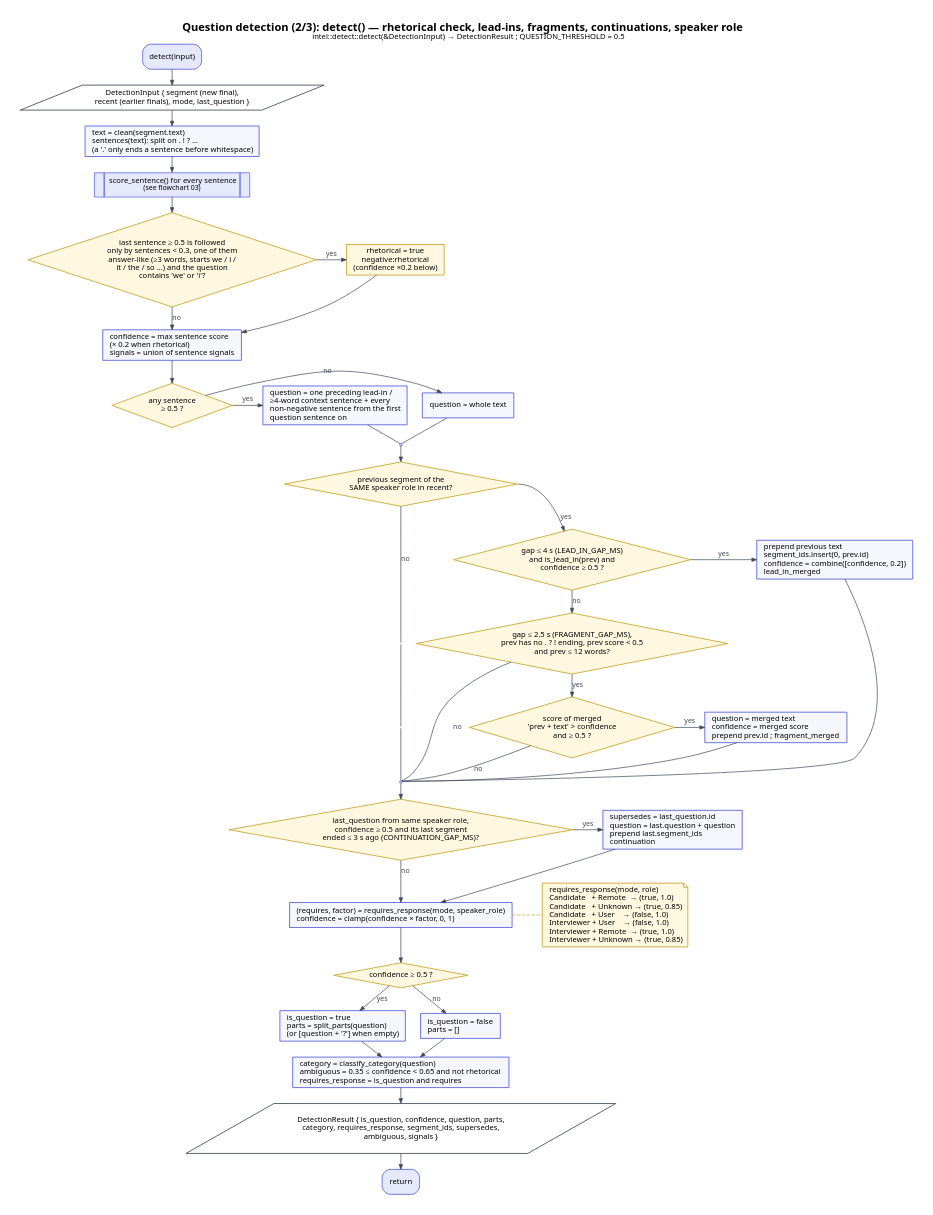
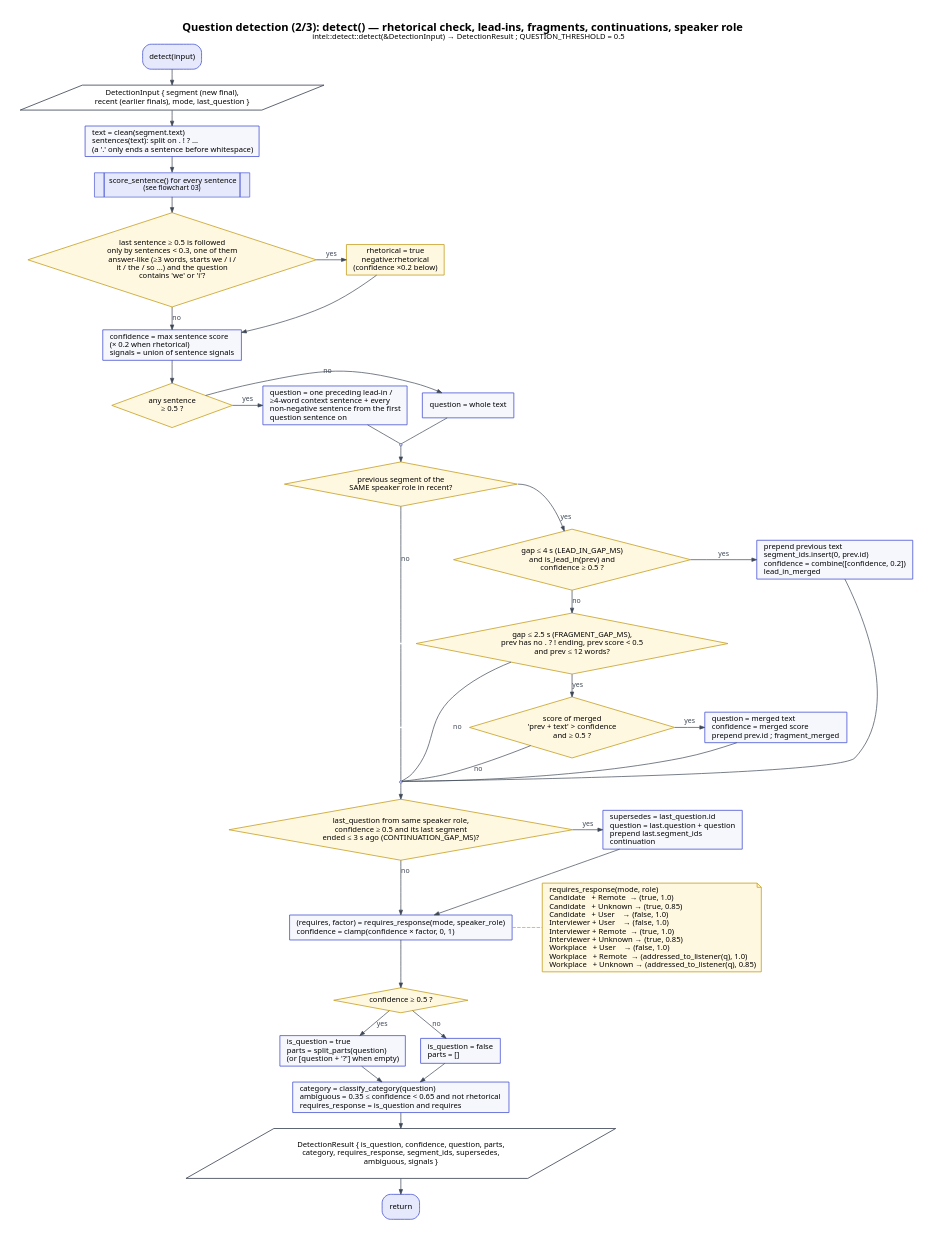
The diagram in diagrams/flowcharts/flowchart-04-question-detection-context-merge.dot (AekamSidhu/Major-Project), drawn with Graphviz before and after one commit. The commit also changed 2 other files, not shown here.

Commit message:
Add the workplace rows to the requires_response table in flowchart 04

```diff
--- a/diagrams/flowcharts/flowchart-04-question-detection-context-merge.dot
+++ b/diagrams/flowcharts/flowchart-04-question-detection-context-merge.dot
@@ -1,77 +1,78 @@
 // Derived from: crates/openmeet-intel/src/detect/mod.rs
 //   detect(), requires_response(), is_lead_in(), split_parts(), classify_category(),
 //   constants LEAD_IN_GAP_MS, FRAGMENT_GAP_MS, CONTINUATION_GAP_MS, QUESTION_THRESHOLD
+//   Workplace rows: requires_response() in workplace mode (only questions addressed to the listener need an answer)
 digraph flowchart_04 {
   graph [fontname="Segoe UI", fontsize=16, labelloc=t, labeljust=c,
          label=<<B>Question detection (2/3): detect() — rhetorical check, lead-ins, fragments, continuations, speaker role</B><BR/><FONT POINT-SIZE="11">intel::detect::detect(&amp;DetectionInput) → DetectionResult ; QUESTION_THRESHOLD = 0.5</FONT>>,
          bgcolor="#FFFFFF", nodesep=0.3, ranksep=0.3, pad=0.3, newrank=true];
   node  [fontname="Segoe UI", fontsize=11, shape=box, style="filled", fillcolor="#F6F7FD", color="#4F5BD5", penwidth=1.2, margin="0.14,0.05"];
   edge  [fontname="Segoe UI", fontsize=10, color="#3E4756", fontcolor="#3E4756", arrowsize=0.7];
 
   { node [group=main]; start; inp; split; score; drh; conf; dq; qtext; dprev; v1; v2; mrg; dcont; role; isq; parts; out; end; }
   { node [group=ctx]; dlead; dfrag; dmerg; }
 
   start [shape=box, style="rounded,filled", fillcolor="#E6E9FB", label="detect(input)"];
   inp   [shape=parallelogram, fillcolor="#FFFFFF", color="#3E4756", margin="0,0", label="DetectionInput { segment (new final),\nrecent (earlier finals), mode, last_question }"];
   split [label="text = clean(segment.text)\lsentences(text): split on . ! ? …\l(a '.' only ends a sentence before whitespace)\l"];
   score [shape=plain, label=<<TABLE BORDER="0" CELLBORDER="1" CELLSPACING="0" CELLPADDING="6" BGCOLOR="#E6E9FB" COLOR="#4F5BD5"><TR><TD WIDTH="6"></TD><TD>score_sentence() for every sentence<BR/><FONT POINT-SIZE="10">(see flowchart 03)</FONT></TD><TD WIDTH="6"></TD></TR></TABLE>>];
 
   drh   [shape=diamond, style="filled", fillcolor="#FFF8E1", color="#C9A227", label="last sentence ≥ 0.5 is followed\nonly by sentences < 0.3, one of them\nanswer-like (≥3 words, starts we / i /\nit / the / so …) and the question\ncontains 'we' or 'i'?"];
   rh    [fillcolor="#FFF8E1", color="#C9A227", label="rhetorical = true\nnegative:rhetorical\n(confidence ×0.2 below)"];
 
   conf  [label="confidence = max sentence score\l(× 0.2 when rhetorical)\lsignals = union of sentence signals\l"];
   dq    [shape=diamond, style="filled", fillcolor="#FFF8E1", color="#C9A227", label="any sentence\n≥ 0.5 ?"];
   qall  [label="question = whole text"];
   qsel  [label="question = one preceding lead-in /\l≥4-word context sentence + every\lnon-negative sentence from the first\lquestion sentence on\l"];
   qtext [shape=point, width=0.05, label=""];
   mrg   [shape=point, width=0.05, label=""];
   v1    [shape=point, width=0.001, height=0.001, peripheries=0, label=""];
   v2    [shape=point, width=0.001, height=0.001, peripheries=0, label=""];
 
   dprev [shape=diamond, style="filled", fillcolor="#FFF8E1", color="#C9A227", label="previous segment of the\nSAME speaker role in recent?"];
   dlead [shape=diamond, style="filled", fillcolor="#FFF8E1", color="#C9A227", label="gap ≤ 4 s (LEAD_IN_GAP_MS)\nand is_lead_in(prev) and\nconfidence ≥ 0.5 ?"];
   lead  [label="prepend previous text\lsegment_ids.insert(0, prev.id)\lconfidence = combine([confidence, 0.2])\llead_in_merged\l"];
   dfrag [shape=diamond, style="filled", fillcolor="#FFF8E1", color="#C9A227", label="gap ≤ 2.5 s (FRAGMENT_GAP_MS),\nprev has no . ? ! ending, prev score < 0.5\nand prev ≤ 12 words?"];
   dmerg [shape=diamond, style="filled", fillcolor="#FFF8E1", color="#C9A227", label="score of merged\n'prev + text' > confidence\nand ≥ 0.5 ?"];
   frag  [label="question = merged text\lconfidence = merged score\lprepend prev.id ; fragment_merged\l"];
 
   dcont [shape=diamond, style="filled", fillcolor="#FFF8E1", color="#C9A227", label="last_question from same speaker role,\nconfidence ≥ 0.5 and its last segment\nended ≤ 3 s ago (CONTINUATION_GAP_MS)?"];
   cont  [label="supersedes = last_question.id\lquestion = last.question + question\lprepend last.segment_ids\lcontinuation\l"];
 
   role  [label="(requires, factor) = requires_response(mode, speaker_role)\lconfidence = clamp(confidence × factor, 0, 1)\l"];
-  roletab [shape=note, fillcolor="#FFF8E1", color="#C9A227", label="requires_response(mode, role)\lCandidate   + Remote  → (true, 1.0)\lCandidate   + Unknown → (true, 0.85)\lCandidate   + User    → (false, 1.0)\lInterviewer + User    → (false, 1.0)\lInterviewer + Remote  → (true, 1.0)\lInterviewer + Unknown → (true, 0.85)\l"];
+  roletab [shape=note, fillcolor="#FFF8E1", color="#C9A227", label="requires_response(mode, role)\lCandidate   + Remote  → (true, 1.0)\lCandidate   + Unknown → (true, 0.85)\lCandidate   + User    → (false, 1.0)\lInterviewer + User    → (false, 1.0)\lInterviewer + Remote  → (true, 1.0)\lInterviewer + Unknown → (true, 0.85)\lWorkplace   + User    → (false, 1.0)\lWorkplace   + Remote  → (addressed_to_listener(q), 1.0)\lWorkplace   + Unknown → (addressed_to_listener(q), 0.85)\l"];
   isq   [shape=diamond, style="filled", fillcolor="#FFF8E1", color="#C9A227", label="confidence ≥ 0.5 ?"];
   pyes  [label="is_question = true\lparts = split_parts(question)\l(or [question + '?'] when empty)\l"];
   pno   [label="is_question = false\lparts = []\l"];
   parts [label="category = classify_category(question)\lambiguous = 0.35 ≤ confidence < 0.65 and not rhetorical\lrequires_response = is_question and requires\l"];
   out   [shape=parallelogram, fillcolor="#FFFFFF", color="#3E4756", margin="0,0", label="DetectionResult { is_question, confidence, question, parts,\ncategory, requires_response, segment_ids, supersedes,\nambiguous, signals }"];
   end   [shape=box, style="rounded,filled", fillcolor="#E6E9FB", label="return"];
 
   start -> inp -> split -> score -> drh;
   drh -> rh [label="yes"]; drh -> conf [label="no"]; rh -> conf;
   conf -> dq;
   dq -> qall [label="no"]; dq -> qsel [label="yes"];
   qsel -> qtext [arrowhead=none]; qall -> qtext [arrowhead=none];
   qtext -> dprev;
   dprev -> dlead [label="yes", tailport=e]; dprev -> v1 [label="no", arrowhead=none]; v1 -> v2 [arrowhead=none]; v2 -> mrg [arrowhead=none];
   dlead -> lead [label="yes"]; dlead -> dfrag [label="no"];
   dfrag -> dmerg [label="yes"]; dfrag -> mrg [label="no", arrowhead=none];
   dmerg -> frag [label="yes"]; dmerg -> mrg [label="no", arrowhead=none];
   lead -> mrg [arrowhead=none]; frag -> mrg [arrowhead=none]; mrg -> dcont;
   dcont -> cont [label="yes"]; dcont -> role [label="no"]; cont -> role;
   role -> roletab [style=dashed, arrowhead=none, color="#C9A227"];
   role -> isq;
   isq -> pyes [label="yes"]; isq -> pno [label="no"];
   pyes -> parts; pno -> parts;
   parts -> out -> end;
 
   {rank=same; drh; rh;}
   {rank=same; dq; qall; qsel;}
   {rank=same; dlead; lead;}
   {rank=same; dfrag; v1;}
   {rank=same; dmerg; v2; frag;}
 
   {rank=same; dcont; cont;}
   {rank=same; role; roletab;}
   {rank=same; pyes; pno;}
 }
```
